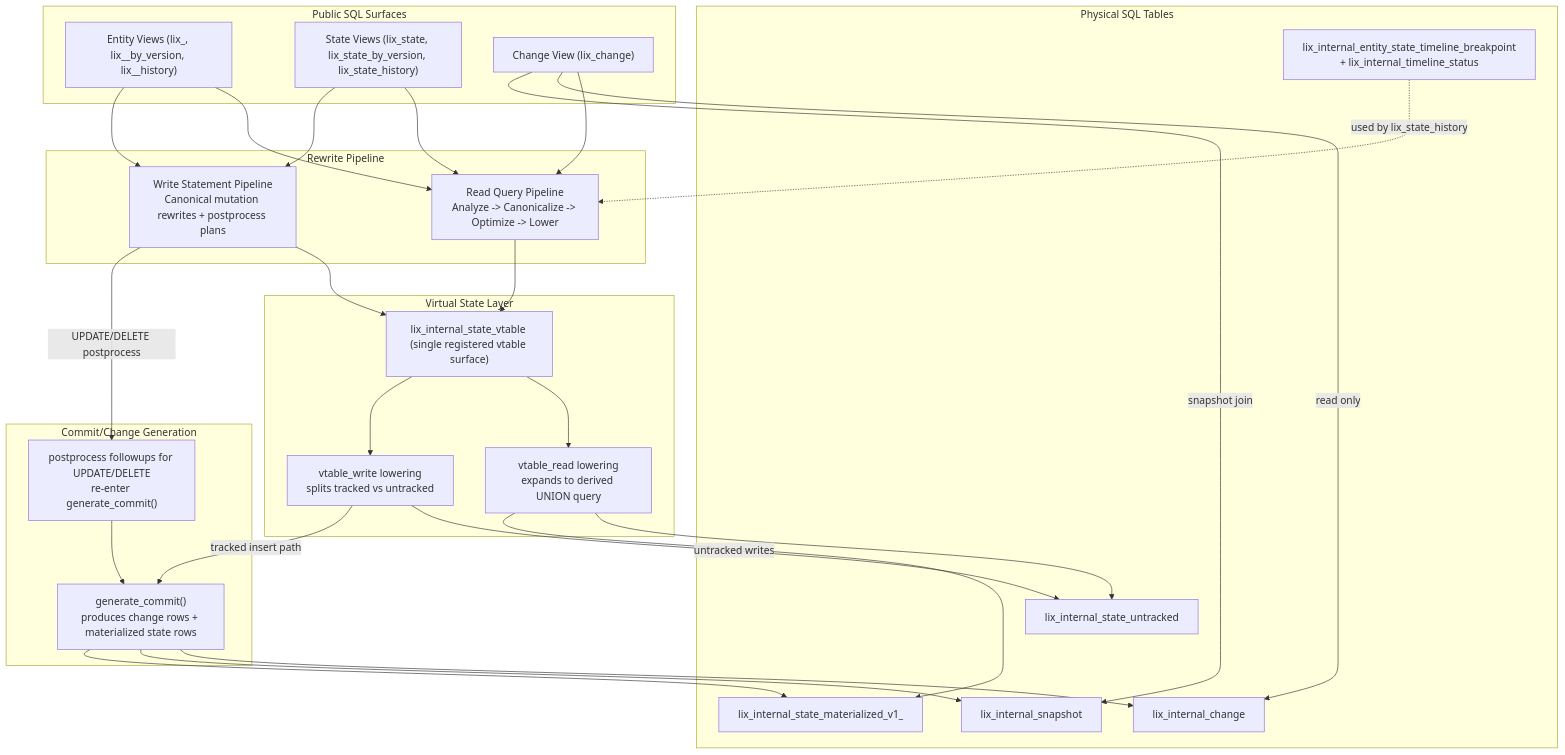
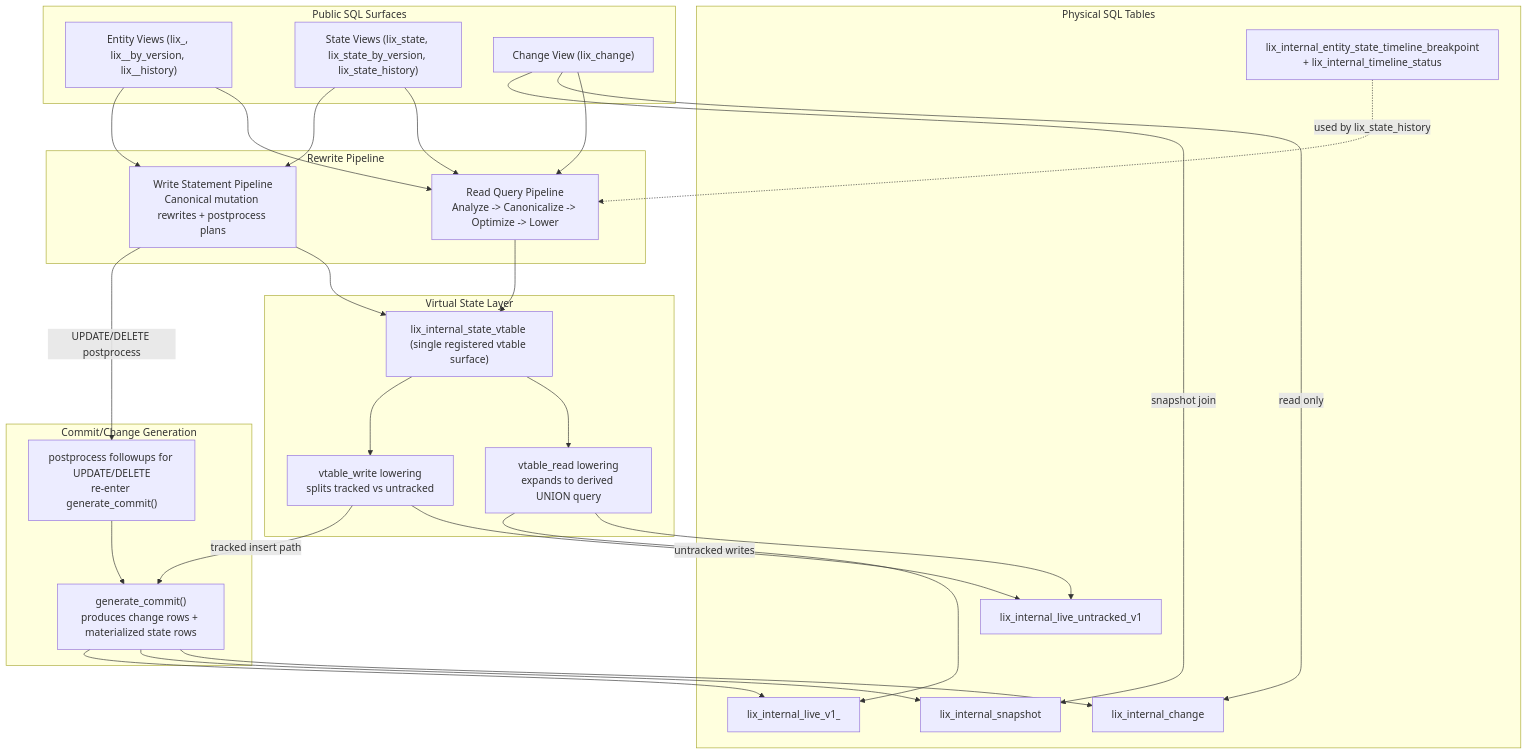
The diagram in packages/engine/docs/architecture-current-state.md (opral/lix), drawn with Mermaid before and after one commit. The commit also changed other lines of this file and 47 other files, not shown here.

Commit message:
Rename materialized state to live state

````diff
--- a/packages/engine/docs/architecture-current-state.md
+++ b/packages/engine/docs/architecture-current-state.md
@@ -9,57 +9,57 @@
 ```mermaid
 flowchart TB
   subgraph S1["Public SQL Surfaces"]
     EV["Entity Views (lix_<schema>, lix_<schema>_by_version, lix_<schema>_history)"]
     SV["State Views (lix_state, lix_state_by_version, lix_state_history)"]
     CV["Change View (lix_change)"]
   end
 
   subgraph S2["Rewrite Pipeline"]
     QP["Read Query Pipeline\nAnalyze -> Canonicalize -> Optimize -> Lower"]
     SP["Write Statement Pipeline\nCanonical mutation rewrites + postprocess plans"]
   end
 
   subgraph S3["Virtual State Layer"]
     VT["lix_internal_state_vtable (single registered vtable surface)"]
     VR["vtable_read lowering\nexpands to derived UNION query"]
     VW["vtable_write lowering\nsplits tracked vs untracked"]
   end
 
   subgraph S4["Commit/Change Generation"]
     GC["generate_commit()\nproduces change rows + materialized state rows"]
     FU["postprocess followups for UPDATE/DELETE\nre-enter generate_commit()"]
   end
 
   subgraph S5["Physical SQL Tables"]
-    U["lix_internal_state_untracked"]
-    M["lix_internal_state_materialized_v1_<schema_key>"]
+    U["lix_internal_live_untracked_v1"]
+    M["lix_internal_live_v1_<schema_key>"]
     CH["lix_internal_change"]
     SN["lix_internal_snapshot"]
     TL["lix_internal_entity_state_timeline_breakpoint\n+ lix_internal_timeline_status"]
   end
 
   EV --> QP
   SV --> QP
   CV --> QP
   QP --> VT
   VT --> VR
   VR --> U
   VR --> M
 
   EV --> SP
   SV --> SP
   SP --> VT
   VT --> VW
   VW -->|"untracked writes"| U
   VW -->|"tracked insert path"| GC
   GC --> CH
   GC --> SN
   GC --> M
   SP -->|"UPDATE/DELETE postprocess"| FU
   FU --> GC
 
   CV -->|"read only"| CH
   CV -->|"snapshot join"| SN
 
   TL -.->|"used by lix_state_history"| QP
 ```
````
